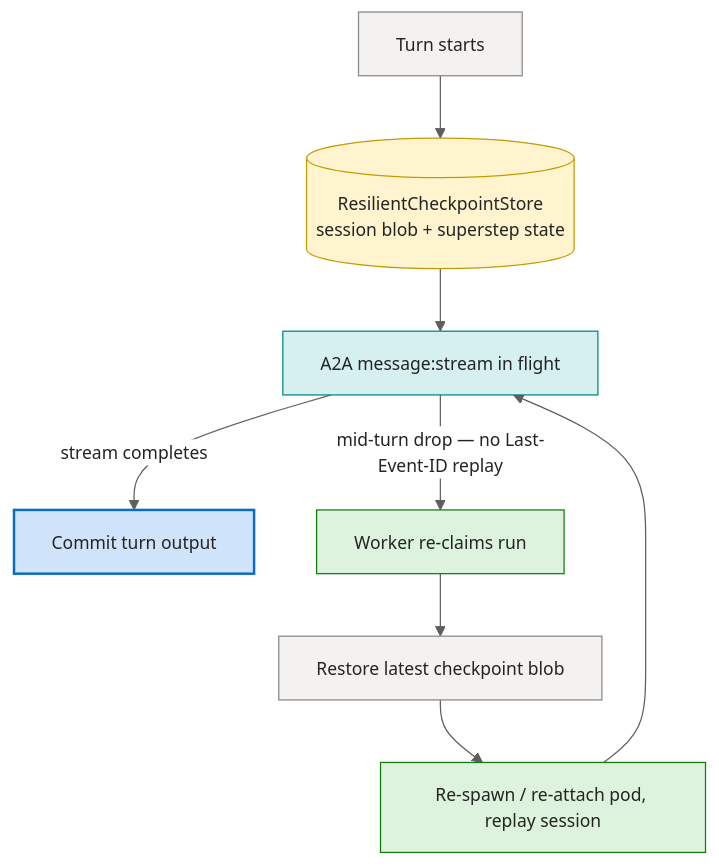
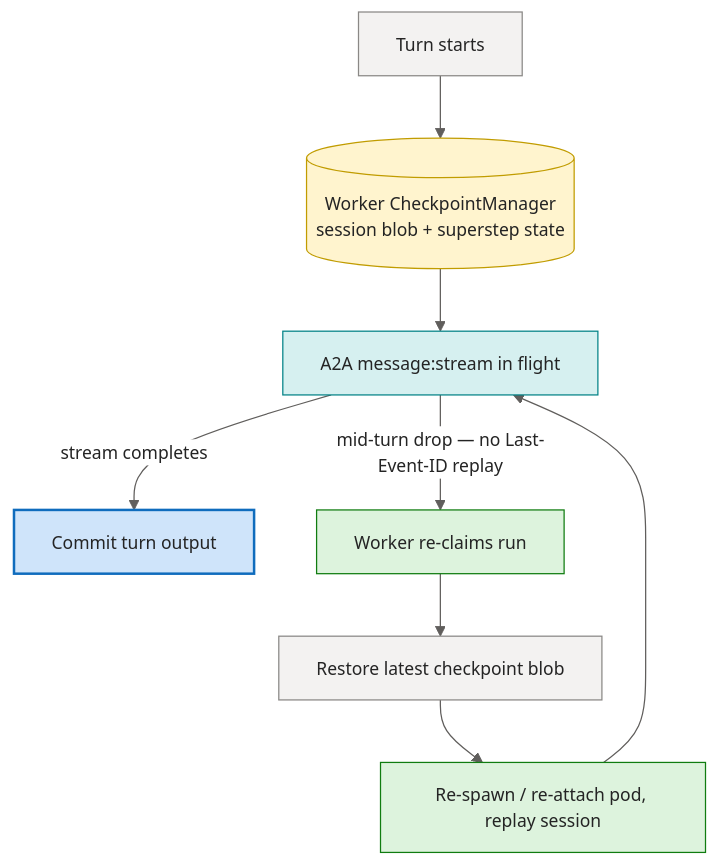
One commit to sabbour/agentweaver changed the third of 3 diagrams in docs/deep-dive/a2a-bridge.md. Above: the diagram before and after it, drawn with Mermaid. The commit also changed other lines of this file and 83 other files, not shown here.

````diff
--- a/docs/deep-dive/a2a-bridge.md
+++ b/docs/deep-dive/a2a-bridge.md
@@ -162,26 +171,26 @@
 ```mermaid
 %%{init: {'theme':'base','themeVariables':{'fontFamily':'Segoe UI, system-ui, -apple-system, sans-serif','fontSize':'14px','primaryColor':'#E8EEF9','primaryBorderColor':'#0F6CBD','primaryTextColor':'#242424','lineColor':'#605E5C','clusterBkg':'#FAF9F8','clusterBorder':'#D2D0CE','edgeLabelBackground':'#FFFFFF'}}}%%
 flowchart TD
-    Start["Turn starts"] --> CK1[("ResilientCheckpointStore<br/>session blob + superstep state")]
+    Start["Turn starts"] --> CK1[("Worker CheckpointManager<br/>session blob + superstep state")]
     CK1 --> Stream["A2A message:stream in flight"]
     Stream -->|"stream completes"| Done["Commit turn output"]
     Stream -->|"mid-turn drop — no Last-Event-ID replay"| Reclaim["Worker re-claims run"]
     Reclaim --> Restore["Restore latest checkpoint blob"]
     Restore --> Respawn["Re-spawn / re-attach pod, replay session"]
     Respawn --> Stream
 
     classDef client fill:#E8EEF9,stroke:#0F6CBD,stroke-width:1px,color:#242424;
     classDef svc fill:#F3F2F1,stroke:#8A8886,stroke-width:1px,color:#242424;
     classDef core fill:#CFE4FA,stroke:#0F6CBD,stroke-width:2px,color:#242424;
     classDef data fill:#FFF4CE,stroke:#C19C00,stroke-width:1px,color:#242424;
     classDef ext fill:#F0E8F8,stroke:#8764B8,stroke-width:1px,color:#242424;
     classDef runtime fill:#DDF3DD,stroke:#107C10,stroke-width:1px,color:#242424;
     classDef evt fill:#D6F0F0,stroke:#038387,stroke-width:1px,color:#242424;
     class Start svc;
     class CK1 data;
     class Stream evt;
     class Done core;
     class Reclaim runtime;
     class Restore svc;
     class Respawn runtime;
 ```
````
